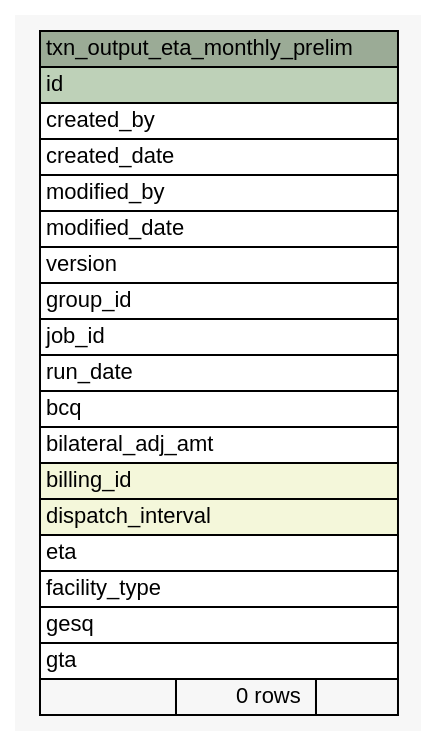
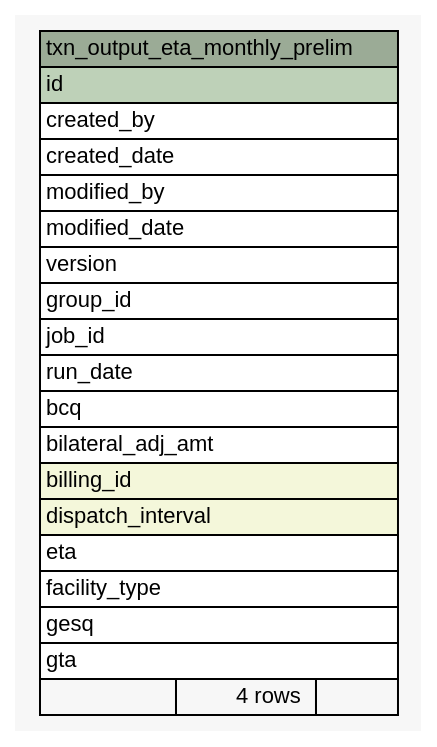
Before and after one commit to eyana-m/python-data-dictionary-writer: the diagram in Data/settlement/diagrams/summary/txn_output_eta_monthly_prelim.1degree.dot, drawn with Graphviz. The commit also changed 715 other files, not shown here.

```diff
--- a/Data/settlement/diagrams/summary/txn_output_eta_monthly_prelim.1degree.dot
+++ b/Data/settlement/diagrams/summary/txn_output_eta_monthly_prelim.1degree.dot
@@ -1,46 +1,46 @@
-// dot 2.36.0 on Mac OS X 10.12.5
+// dot 2.36.0 on Mac OS X 10.12.6
 // SchemaSpy rev 590
 digraph "txn_output_eta_monthly_prelim" {
   graph [
     rankdir="RL"
     bgcolor="#f7f7f7"
     nodesep="0.18"
     ranksep="0.46"
     fontname="Helvetica"
     fontsize="11"
   ];
   node [
     fontname="Helvetica"
     fontsize="11"
     shape="plaintext"
   ];
   edge [
     arrowsize="0.8"
   ];
   "txn_output_eta_monthly_prelim" [
     label=<
     <TABLE BORDER="0" CELLBORDER="1" CELLSPACING="0" BGCOLOR="#ffffff">
       <TR><TD COLSPAN="3" BGCOLOR="#9bab96" ALIGN="CENTER">txn_output_eta_monthly_prelim</TD></TR>
       <TR><TD PORT="id" COLSPAN="3" BGCOLOR="#bed1b8" ALIGN="LEFT">id</TD></TR>
       <TR><TD PORT="created_by" COLSPAN="3" ALIGN="LEFT">created_by</TD></TR>
       <TR><TD PORT="created_date" COLSPAN="3" ALIGN="LEFT">created_date</TD></TR>
       <TR><TD PORT="modified_by" COLSPAN="3" ALIGN="LEFT">modified_by</TD></TR>
       <TR><TD PORT="modified_date" COLSPAN="3" ALIGN="LEFT">modified_date</TD></TR>
       <TR><TD PORT="version" COLSPAN="3" ALIGN="LEFT">version</TD></TR>
       <TR><TD PORT="group_id" COLSPAN="3" ALIGN="LEFT">group_id</TD></TR>
       <TR><TD PORT="job_id" COLSPAN="3" ALIGN="LEFT">job_id</TD></TR>
       <TR><TD PORT="run_date" COLSPAN="3" ALIGN="LEFT">run_date</TD></TR>
       <TR><TD PORT="bcq" COLSPAN="3" ALIGN="LEFT">bcq</TD></TR>
       <TR><TD PORT="bilateral_adj_amt" COLSPAN="3" ALIGN="LEFT">bilateral_adj_amt</TD></TR>
       <TR><TD PORT="billing_id" COLSPAN="3" BGCOLOR="#f4f7da" ALIGN="LEFT">billing_id</TD></TR>
       <TR><TD PORT="dispatch_interval" COLSPAN="3" BGCOLOR="#f4f7da" ALIGN="LEFT">dispatch_interval</TD></TR>
       <TR><TD PORT="eta" COLSPAN="3" ALIGN="LEFT">eta</TD></TR>
       <TR><TD PORT="facility_type" COLSPAN="3" ALIGN="LEFT">facility_type</TD></TR>
       <TR><TD PORT="gesq" COLSPAN="3" ALIGN="LEFT">gesq</TD></TR>
       <TR><TD PORT="gta" COLSPAN="3" ALIGN="LEFT">gta</TD></TR>
-      <TR><TD ALIGN="LEFT" BGCOLOR="#f7f7f7">  </TD><TD ALIGN="RIGHT" BGCOLOR="#f7f7f7">0 rows</TD><TD ALIGN="RIGHT" BGCOLOR="#f7f7f7">  </TD></TR>
+      <TR><TD ALIGN="LEFT" BGCOLOR="#f7f7f7">  </TD><TD ALIGN="RIGHT" BGCOLOR="#f7f7f7">4 rows</TD><TD ALIGN="RIGHT" BGCOLOR="#f7f7f7">  </TD></TR>
     </TABLE>>
     URL="tables/txn_output_eta_monthly_prelim.html"
     tooltip="txn_output_eta_monthly_prelim"
   ];
 }
```
